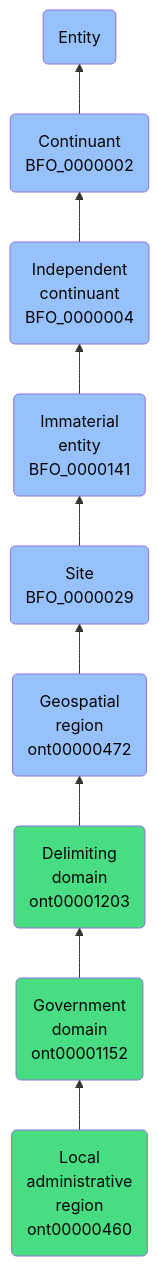
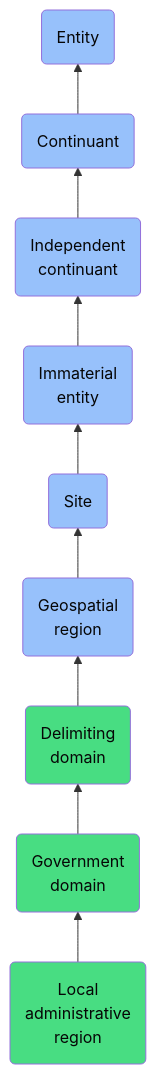
One commit to jupyter-naas/abi changed the diagram in docs/ontology/reference/model/Entity/Continuant/Independent continuant/Immaterial entity/Site/Geospatial region/Delimiting domain/Government domain/Local administrative region/Local administrative region.md. Above: the diagram before and after it, drawn with Mermaid. The commit also changed other lines of this file and 1430 other files, not shown here.

````diff
--- a/docs/ontology/reference/model/Entity/Continuant/Independent continuant/Immaterial entity/Site/Geospatial region/Delimiting domain/Government domain/Local administrative region/Local administrative region.md
+++ b/docs/ontology/reference/model/Entity/Continuant/Independent continuant/Immaterial entity/Site/Geospatial region/Delimiting domain/Government domain/Local administrative region/Local administrative region.md
@@ -24,16 +24,16 @@
 ```mermaid
 graph BT
-    ont00000460(Local<br>administrative<br>region<br>ont00000460):::ABI-->ont00001152
-    ont00001152(Government<br>domain<br>ont00001152):::ABI-->ont00001203
-    ont00001203(Delimiting<br>domain<br>ont00001203):::ABI-->ont00000472
-    ont00000472(Geospatial<br>region<br>ont00000472):::BFO-->BFO_0000029
-    BFO_0000029(Site<br>BFO_0000029):::BFO-->BFO_0000141
-    BFO_0000141(Immaterial<br>entity<br>BFO_0000141):::BFO-->BFO_0000004
-    BFO_0000004(Independent<br>continuant<br>BFO_0000004):::BFO-->BFO_0000002
-    BFO_0000002(Continuant<br>BFO_0000002):::BFO-->BFO_0000001
+    ont00000460(Local<br>administrative<br>region):::ABI-->ont00001152
+    ont00001152(Government<br>domain):::ABI-->ont00001203
+    ont00001203(Delimiting<br>domain):::ABI-->ont00000472
+    ont00000472(Geospatial<br>region):::BFO-->BFO_0000029
+    BFO_0000029(Site):::BFO-->BFO_0000141
+    BFO_0000141(Immaterial<br>entity):::BFO-->BFO_0000004
+    BFO_0000004(Independent<br>continuant):::BFO-->BFO_0000002
+    BFO_0000002(Continuant):::BFO-->BFO_0000001
     BFO_0000001(Entity):::BFO
     
     classDef BFO fill:#97c1fb,color:#060606
     classDef CCO fill:#e4c51e,color:#060606
     classDef ABI fill:#48DD82,color:#060606
 ```
````
